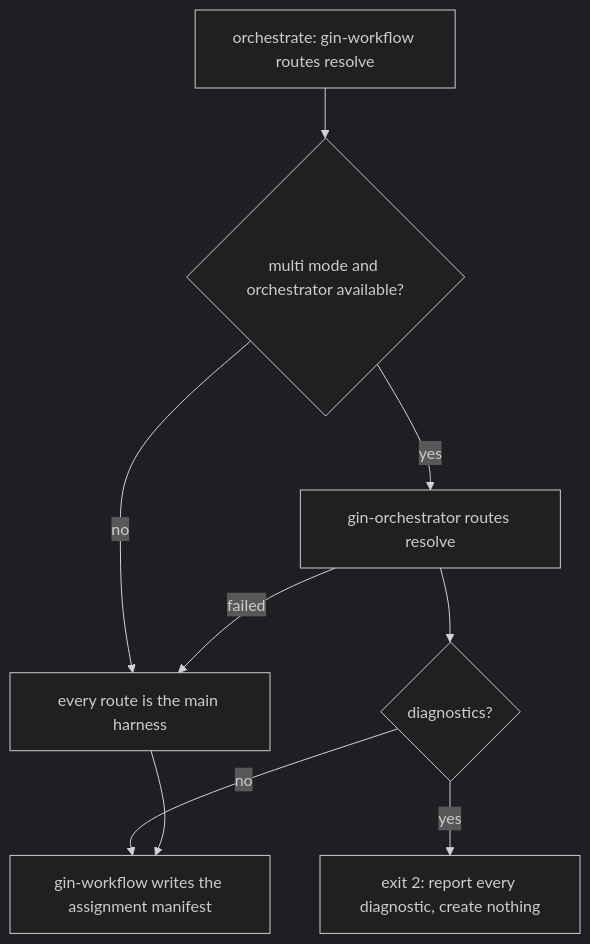
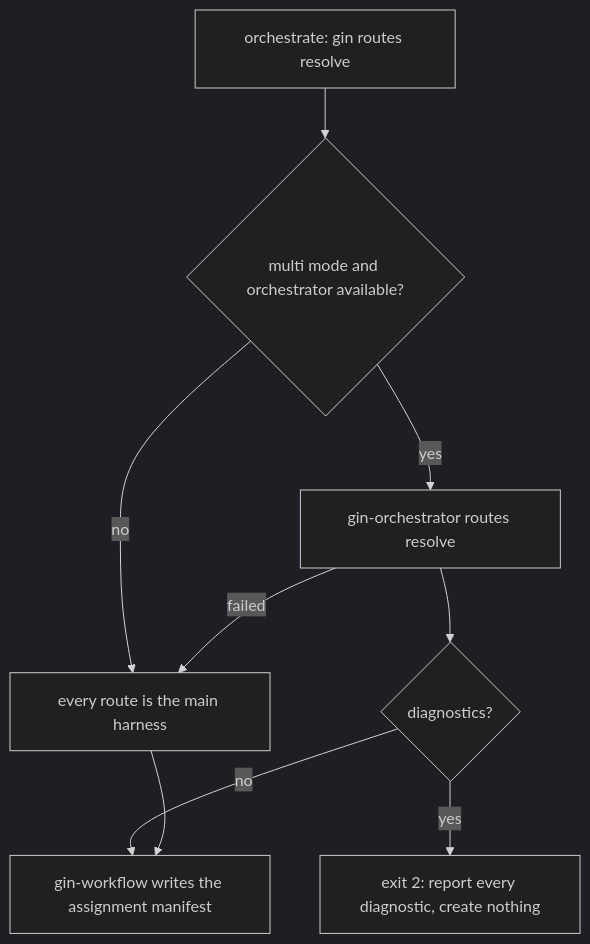
Before and after one commit to giangdhwhtbr/gin-workflow: the diagram in docs/orchestrator/routing.md, drawn with Mermaid (dark theme). The commit also changed other lines of this file and 42 other files, not shown here.

Commit message:
docs: gin CLI and gin: skill names everywhere, upgrade notes (gin-workflow-rename-gin)

````diff
--- a/docs/orchestrator/routing.md
+++ b/docs/orchestrator/routing.md
@@ -75,11 +75,11 @@
 ```mermaid
 flowchart TD
-    O["orchestrate: gin-workflow routes resolve"] --> C{multi mode and orchestrator available?}
+    O["orchestrate: gin routes resolve"] --> C{multi mode and orchestrator available?}
     C -->|no| M[every route is the main harness]
     C -->|yes| G["gin-orchestrator routes resolve"]
     G -->|failed| M
     G --> D{diagnostics?}
     D -->|yes| X[exit 2: report every diagnostic, create nothing]
     D -->|no| W[gin-workflow writes the assignment manifest]
     M --> W
 ```
````
